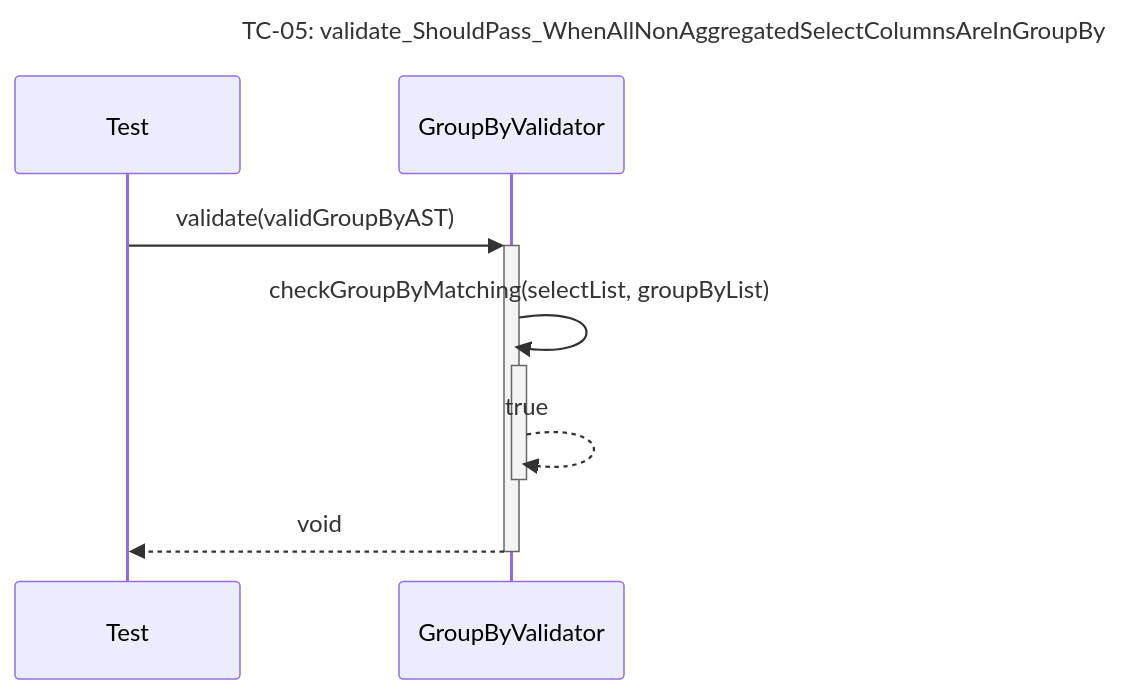
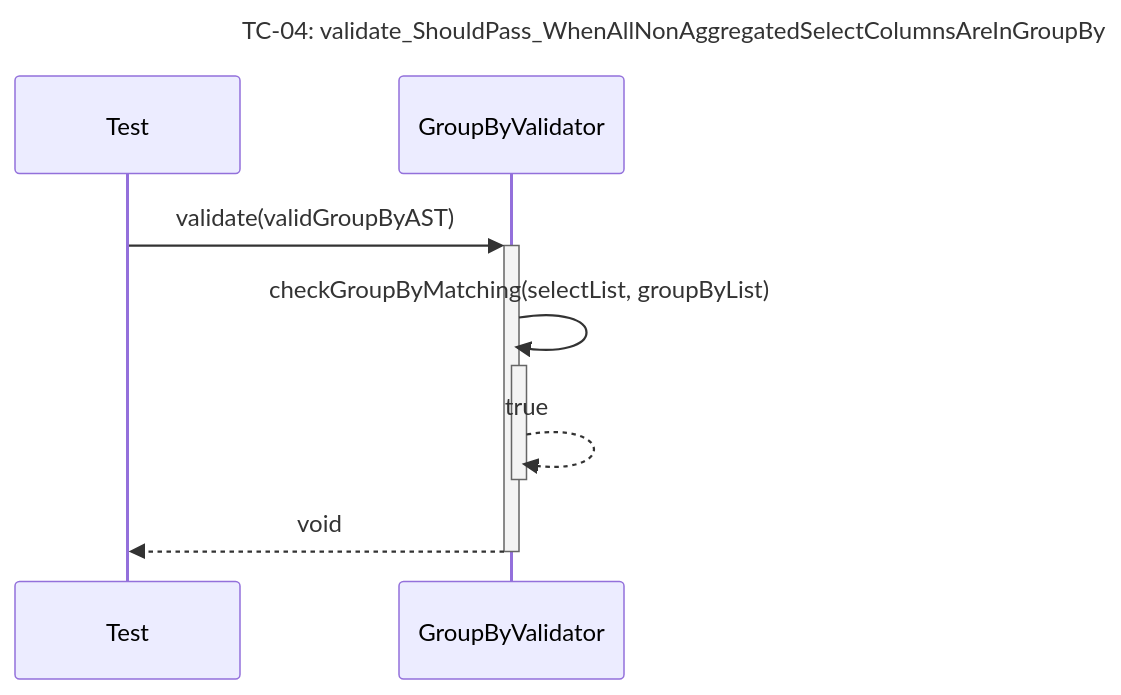
Diagram 16 of 24 in docs/unit_test/query_prossor/SequeceTestCase.md (Dikhang1112/Database_Management_BBV), drawn with Mermaid before and after one commit. The commit also changed other lines of this file and 16 other files, not shown here.

````diff
--- a/docs/unit_test/query_prossor/SequeceTestCase.md
+++ b/docs/unit_test/query_prossor/SequeceTestCase.md
@@ -335,11 +239,11 @@
 ```mermaid
 sequenceDiagram
-    title TC-05: validate_ShouldPass_WhenAllNonAggregatedSelectColumnsAreInGroupBy
+    title TC-04: validate_ShouldPass_WhenAllNonAggregatedSelectColumnsAreInGroupBy
     participant Test
     participant GroupByValidator
 
     Test->>+GroupByValidator: validate(validGroupByAST)
     GroupByValidator->>+GroupByValidator: checkGroupByMatching(selectList, groupByList)
     GroupByValidator-->>-GroupByValidator: true
     GroupByValidator-->>-Test: void
 ```
````
